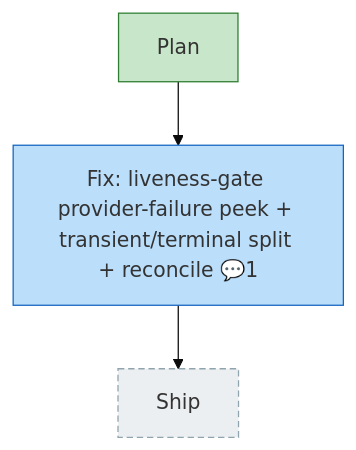
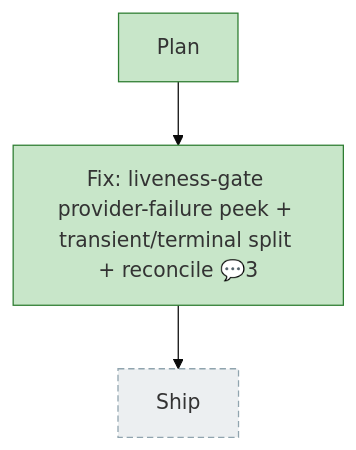
Before and after one commit to vaughanknight/pij: the diagram in docs/plans/024-fix-false-provider-death/the-flow.md, drawn with Mermaid (base theme). The commit also changed other lines of this file and 13 other files, not shown here.

````diff
--- a/docs/plans/024-fix-false-provider-death/the-flow.md
+++ b/docs/plans/024-fix-false-provider-death/the-flow.md
@@ -8,22 +8,22 @@
 ```mermaid
 flowchart TD
     ship["Ship"]:::assumed
-    build["Fix: liveness-gate provider-failure peek + transient/terminal split + reconcile 💬1"]:::known
+    build["Fix: liveness-gate provider-failure peek + transient/terminal split + reconcile 💬3"]:::done
     plan["Plan"]:::done
 
     build --> ship
     plan --> build
 
     classDef done fill:#C8E6C9,stroke:#2E7D32;
     classDef wip fill:#FFE0B2,stroke:#EF6C00;
     classDef blocked fill:#FFCDD2,stroke:#C62828;
     classDef known fill:#BBDEFB,stroke:#1565C0;
     classDef assumed fill:#ECEFF1,stroke:#90A4AE,stroke-dasharray:5 3;
     classDef said fill:#FFF9C4,stroke:#F9A825;
     classDef harness fill:#EDE7F6,stroke:#673AB7;
     classDef decision fill:#FFF3E0,stroke:#FB8C00,stroke-dasharray:2 2;
     classDef companion fill:#D1C4E9,stroke:#5E35B1;
     classDef worker fill:#B2DFDB,stroke:#00897B;
     classDef chore fill:#E0F2F1,stroke:#00897B,stroke-dasharray:3 2;
     classDef unknown fill:#FAFAFA,stroke:#BDBDBD,stroke-dasharray:1 4;
 ```
````
